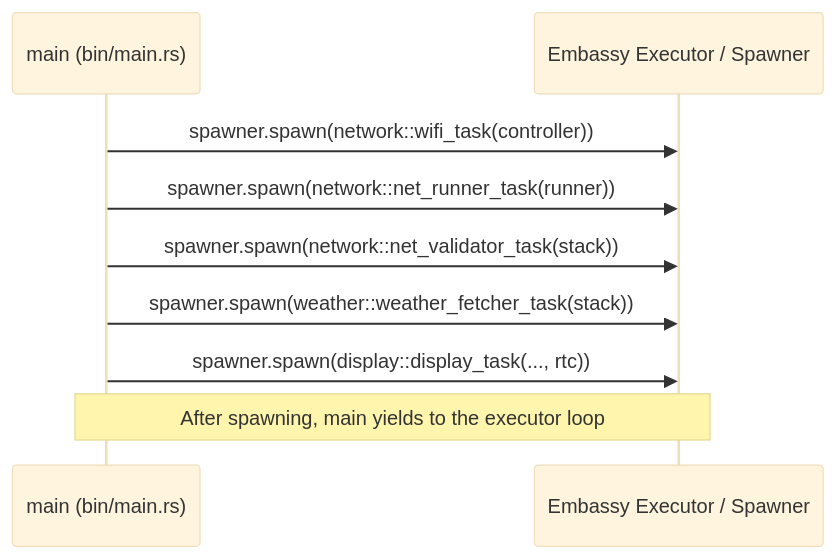
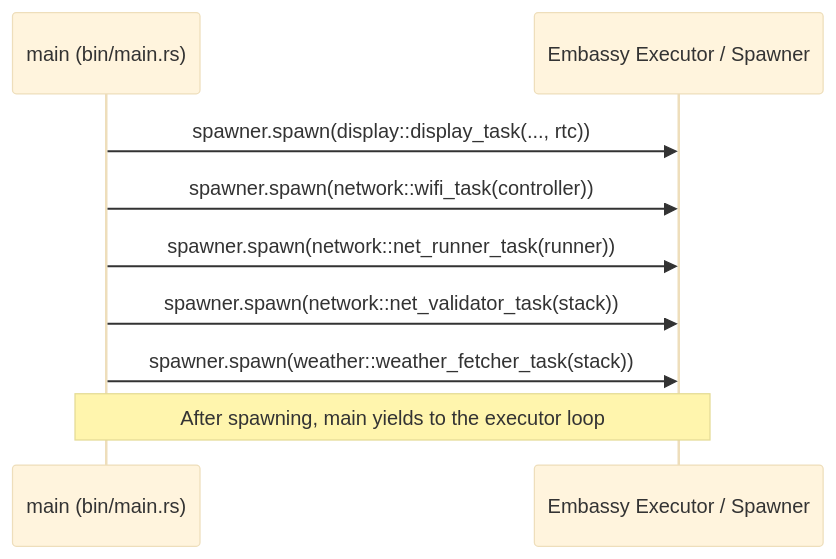
One commit to ScottCUSA/magtag_weatherstation_rs changed the first of 2 diagrams in README.md. Above: the diagram before and after it, drawn with Mermaid (base theme). The commit also changed other lines of this file and 14 other files, not shown here.

````diff
--- a/README.md
+++ b/README.md
@@ -166,13 +166,13 @@
 ```mermaid
 sequenceDiagram
    participant Main as main (bin/main.rs)
    participant Executor as Embassy Executor / Spawner
 
+   Main->>Executor: spawner.spawn(display::display_task(..., rtc))
    Main->>Executor: spawner.spawn(network::wifi_task(controller))
    Main->>Executor: spawner.spawn(network::net_runner_task(runner))
    Main->>Executor: spawner.spawn(network::net_validator_task(stack))
    Main->>Executor: spawner.spawn(weather::weather_fetcher_task(stack))
-   Main->>Executor: spawner.spawn(display::display_task(..., rtc))
 
    Note over Main,Executor: After spawning, main yields to the executor loop
 ```
````
